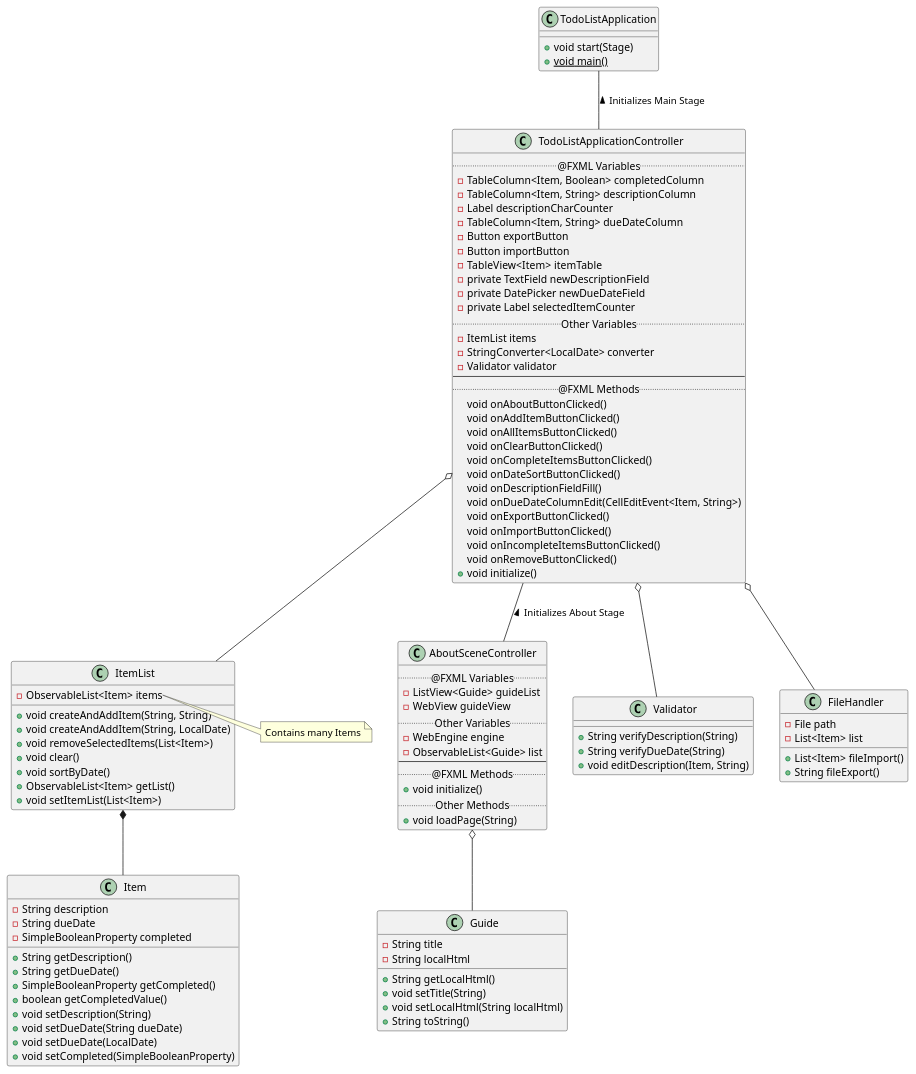
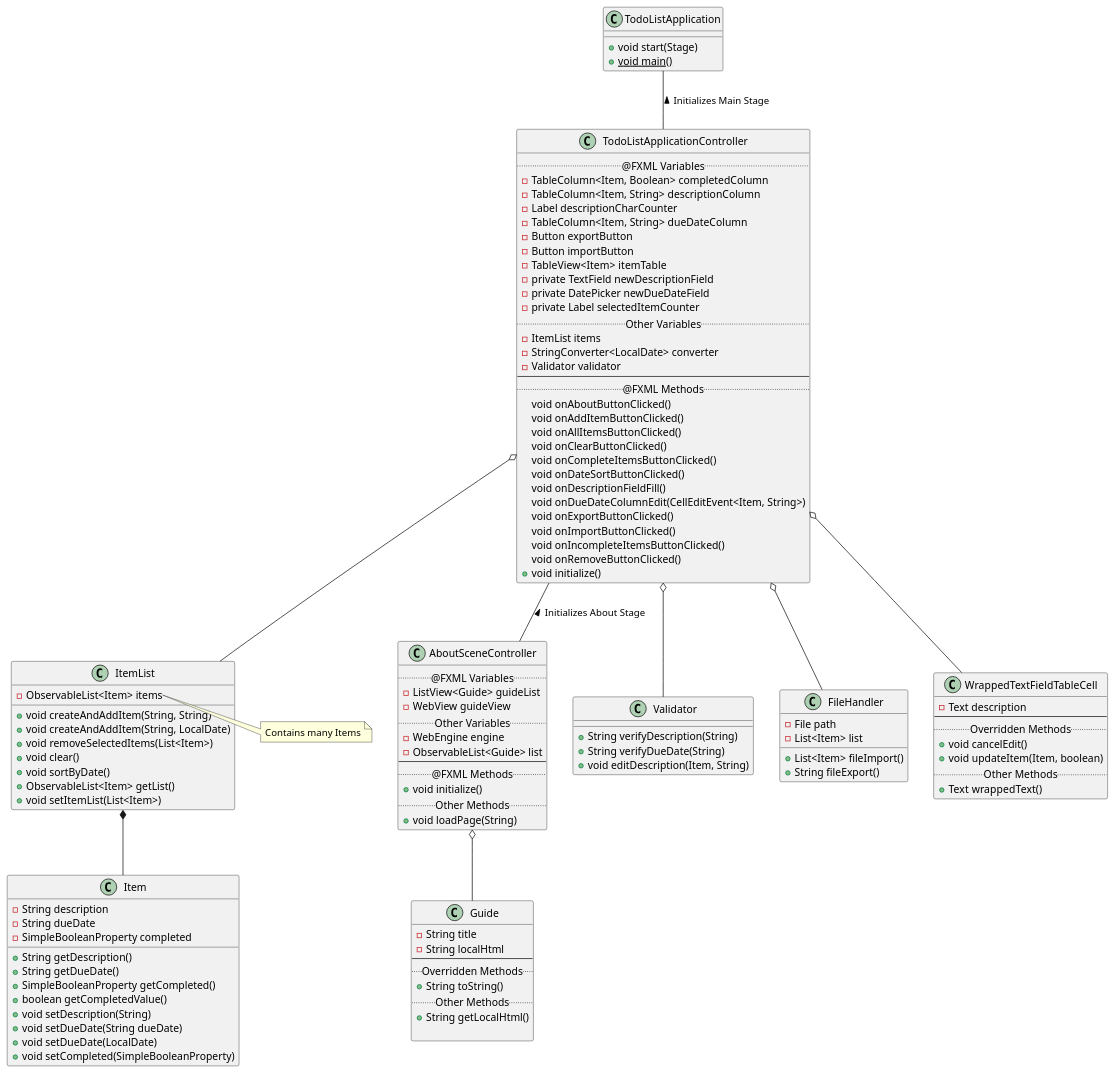
Before and after one commit to lastingParadox/To-Do-Machine: the diagram in docs/classes.puml, drawn with PlantUML. The commit also changed 12 other files, not shown here.

Commit message:
Added new class WrappedTextFieldTableCell and applied it to description column.

```diff
--- a/docs/classes.puml
+++ b/docs/classes.puml
@@ -1,118 +1,130 @@
 @startuml
 
 class TodoListApplication {
     +void start(Stage)
     +{static}void main()
 }
 
 class TodoListApplicationController {
     ..@FXML Variables..
     -TableColumn<Item, Boolean> completedColumn
     -TableColumn<Item, String> descriptionColumn
     -Label descriptionCharCounter
     -TableColumn<Item, String> dueDateColumn
     -Button exportButton
     -Button importButton
     -TableView<Item> itemTable
     -private TextField newDescriptionField
     -private DatePicker newDueDateField
     -private Label selectedItemCounter
     ..Other Variables..
     -ItemList items
     -StringConverter<LocalDate> converter
     -Validator validator
     --
     ..@FXML Methods..
     void onAboutButtonClicked()
     void onAddItemButtonClicked()
     void onAllItemsButtonClicked()
     void onClearButtonClicked()
     void onCompleteItemsButtonClicked()
     void onDateSortButtonClicked()
     void onDescriptionFieldFill()
     void onDueDateColumnEdit(CellEditEvent<Item, String>)
     void onExportButtonClicked()
     void onImportButtonClicked()
     void onIncompleteItemsButtonClicked()
     void onRemoveButtonClicked()
     +void initialize()
 }
 
 class AboutSceneController {
     ..@FXML Variables..
     -ListView<Guide> guideList
     -WebView guideView
     ..Other Variables..
     -WebEngine engine
     -ObservableList<Guide> list
     --
     ..@FXML Methods..
     +void initialize()
     ..Other Methods..
     +void loadPage(String)
 }
 
 class Item {
     -String description
     -String dueDate
     -SimpleBooleanProperty completed
 
     +String getDescription()
     +String getDueDate()
     +SimpleBooleanProperty getCompleted()
     +boolean getCompletedValue()
     +void setDescription(String)
     +void setDueDate(String dueDate)
     +void setDueDate(LocalDate)
     +void setCompleted(SimpleBooleanProperty)
 }
 
 class ItemList {
     -ObservableList<Item> items
 
     +void createAndAddItem(String, String)
     +void createAndAddItem(String, LocalDate)
     +void removeSelectedItems(List<Item>)
     +void clear()
     +void sortByDate()
     +ObservableList<Item> getList()
     +void setItemList(List<Item>)
 }
 
 class Guide {
     -String title
     -String localHtml
+    --
+    ..Overridden Methods..
+    +String toString()
+    ..Other Methods..
+    +String getLocalHtml()
 
-    +String getLocalHtml()
-    +void setTitle(String)
-    +void setLocalHtml(String localHtml)
-    +String toString()
 }
 
 class Validator {
     +String verifyDescription(String)
     +String verifyDueDate(String)
     +void editDescription(Item, String)
 }
 
 class FileHandler {
     -File path
     -List<Item> list
 
     +List<Item> fileImport()
     +String fileExport()
 }
 
+class WrappedTextFieldTableCell {
+    -Text description
+    --
+    ..Overridden Methods..
+    +void cancelEdit()
+    +void updateItem(Item, boolean)
+    ..Other Methods..
+    +Text wrappedText()
+}
+
 TodoListApplication -- TodoListApplicationController : < Initializes Main Stage
 TodoListApplicationController -- AboutSceneController : < Initializes About Stage
 TodoListApplicationController o-- ItemList
 TodoListApplicationController o-- Validator
 TodoListApplicationController o-- FileHandler
+TodoListApplicationController o-- WrappedTextFieldTableCell
 ItemList *-- Item
 AboutSceneController o-- Guide
 
 note right of ItemList::items
     Contains many Items
 end note
 
 @enduml
```
